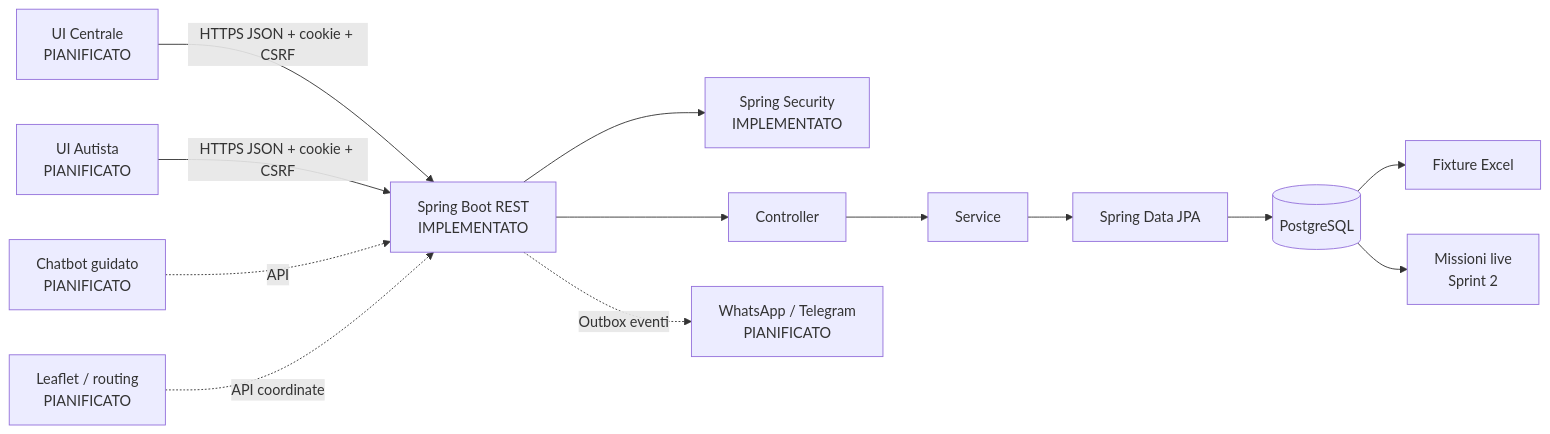
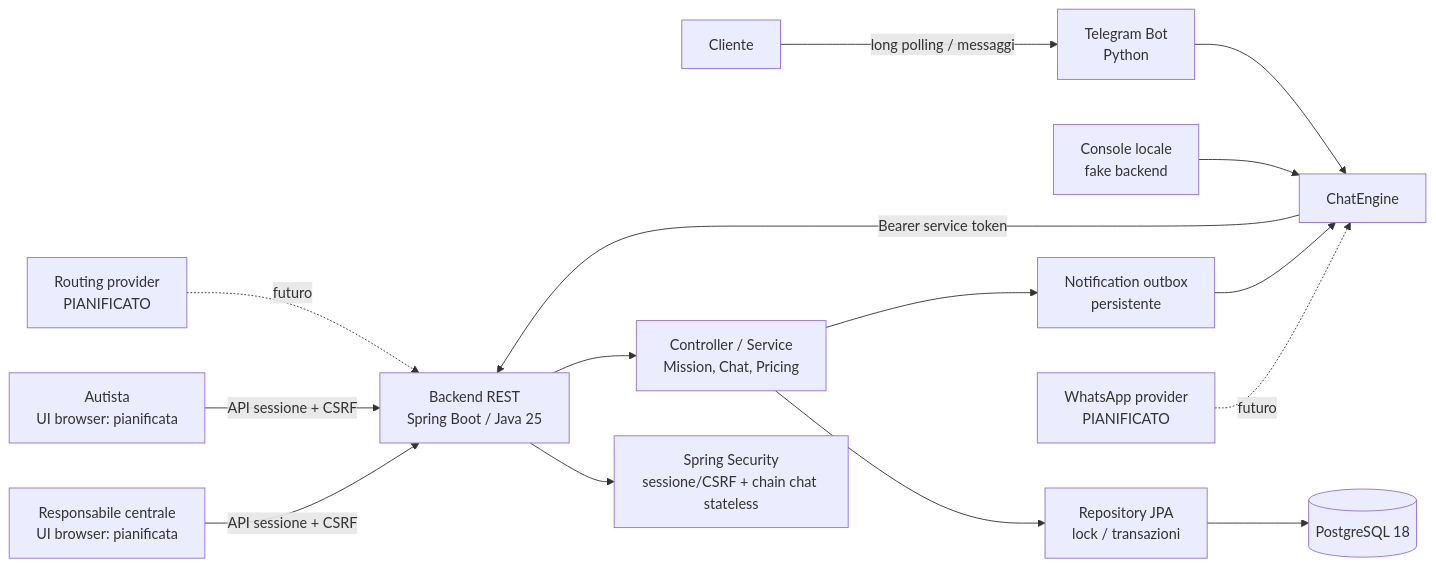
Before and after one commit to coluccimarco/fornitori-soccorso: the diagram in docs/diagrams/architecture.mmd, drawn with Mermaid. The commit also changed 108 other files, not shown here.

```diff
--- a/docs/diagrams/architecture.mmd
+++ b/docs/diagrams/architecture.mmd
@@ -1,15 +1,16 @@
-%% FORNITORI | v1.0 | 03/11/2026 | owner: Membro 1
-%% Implementato: API/sessione/DB/anagrafiche. Pianificato: UI, chatbot, routing, provider.
+%% FORNITORI | contesto runtime integrato | baseline 25c613b | 03/11/2026
 flowchart LR
-    Centrale[UI Centrale<br/>PIANIFICATO] -->|HTTPS JSON + cookie + CSRF| API[Spring Boot REST<br/>IMPLEMENTATO]
-    Autista[UI Autista<br/>PIANIFICATO] -->|HTTPS JSON + cookie + CSRF| API
-    API --> Security[Spring Security<br/>IMPLEMENTATO]
-    API --> Controller[Controller]
-    Controller --> Service[Service]
-    Service --> Repo[Spring Data JPA]
-    Repo --> DB[(PostgreSQL)]
-    DB --> Fixture[Fixture Excel]
-    DB --> Live[Missioni live<br/>Sprint 2]
-    Chat[Chatbot guidato<br/>PIANIFICATO] -. API .-> API
-    Maps[Leaflet / routing<br/>PIANIFICATO] -. API coordinate .-> API
-    API -. Outbox eventi .-> Notify[WhatsApp / Telegram<br/>PIANIFICATO]
+    Centrale["Responsabile centrale<br/>UI browser: pianificata"] -->|API sessione + CSRF| API["Backend REST<br/>Spring Boot / Java 25"]
+    Autista["Autista<br/>UI browser: pianificata"] -->|API sessione + CSRF| API
+    Cliente["Cliente"] -->|long polling / messaggi| TG["Telegram Bot<br/>Python"]
+    Console["Console locale<br/>fake backend"] --> Bot["ChatEngine"]
+    TG --> Bot
+    Bot -->|Bearer service token| API
+    API --> Security["Spring Security<br/>sessione/CSRF + chain chat stateless"]
+    API --> Services["Controller / Service<br/>Mission, Chat, Pricing"]
+    Services --> Repos["Repository JPA<br/>lock / transazioni"]
+    Repos --> DB[("PostgreSQL 18")]
+    Services --> Outbox["Notification outbox<br/>persistente"]
+    Outbox --> Bot
+    Map["Routing provider<br/>PIANIFICATO"] -. futuro .-> API
+    WA["WhatsApp provider<br/>PIANIFICATO"] -. futuro .-> Bot
```
